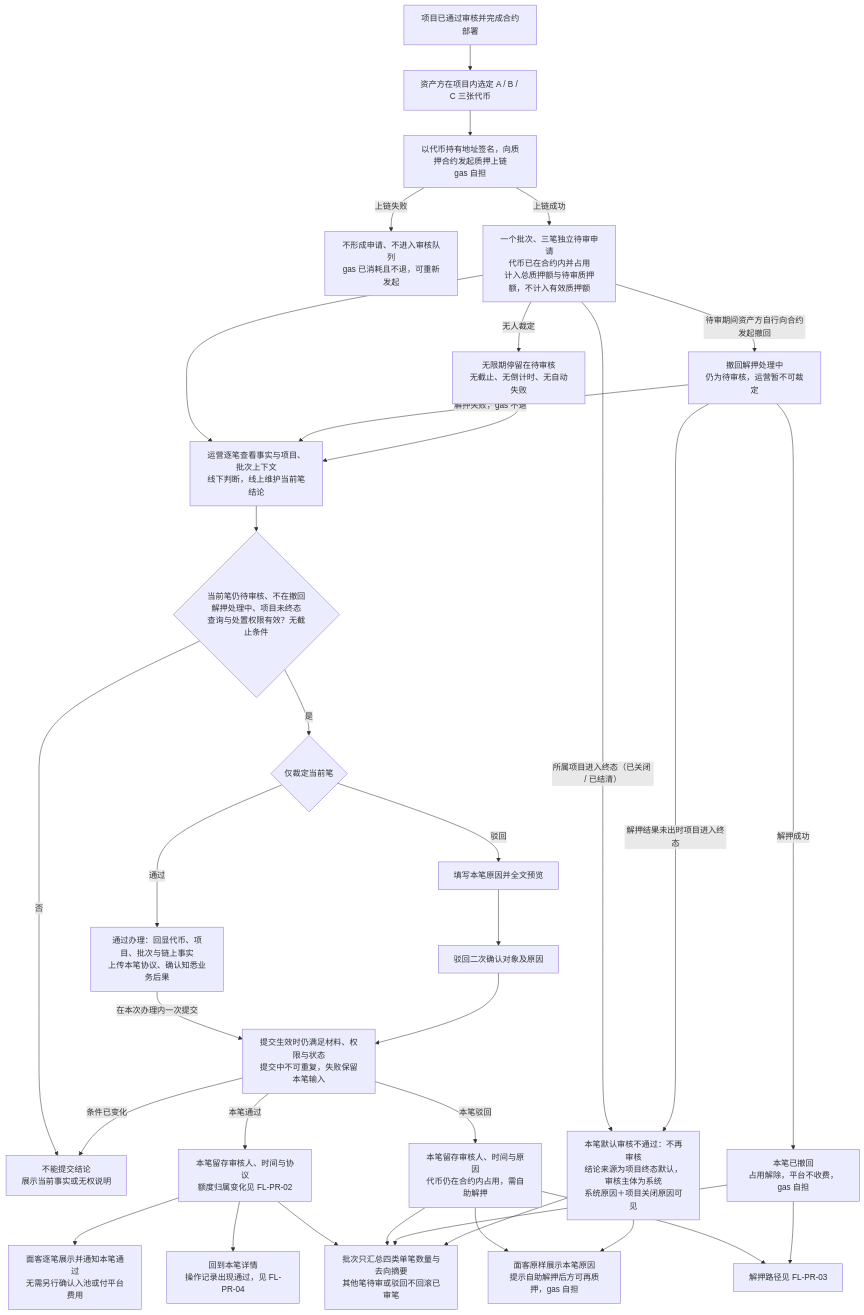
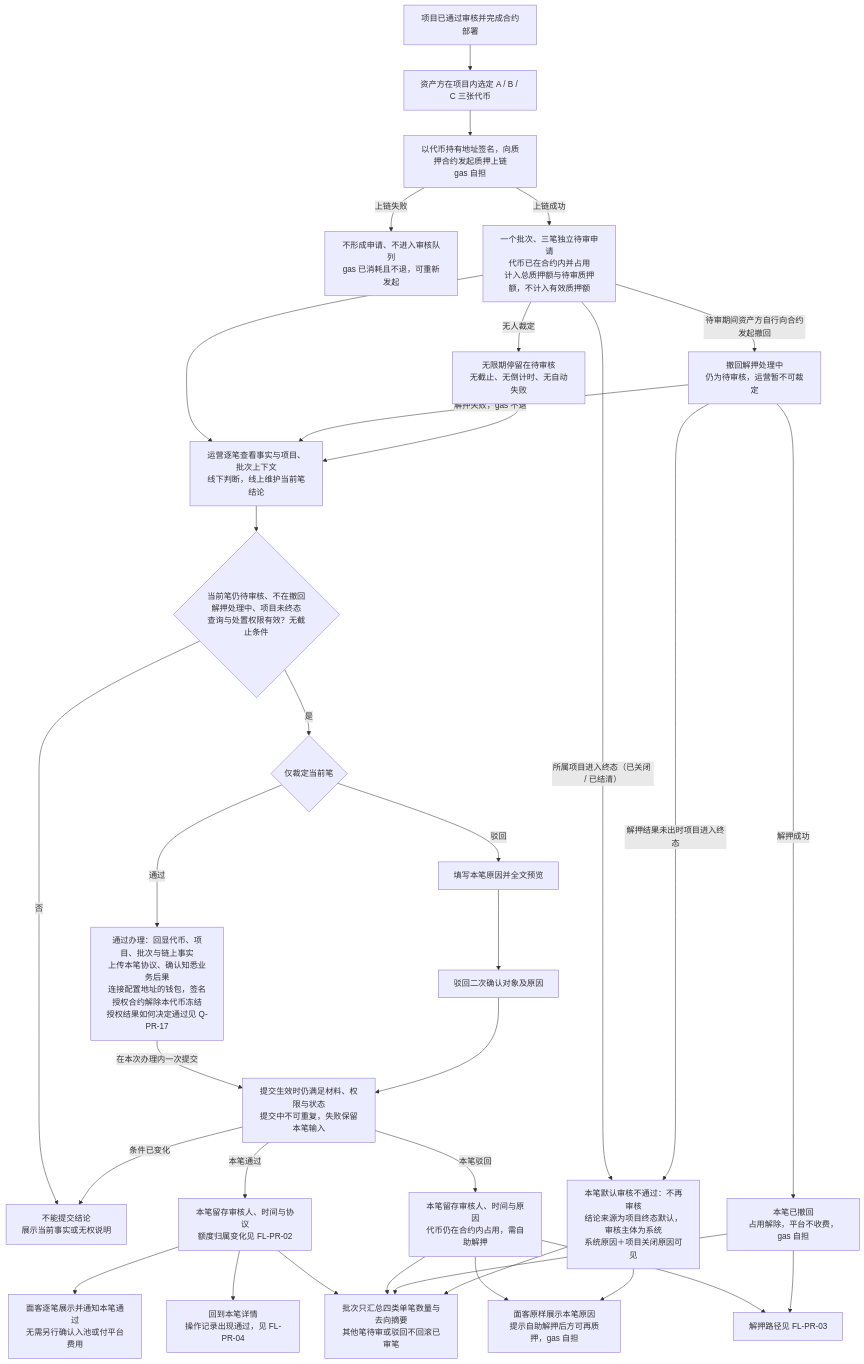
Before and after one commit to wxblockchain/Chain-Financing: the first of 6 diagrams in lending-platform/PRD/运营端/06-代币质押审核/02-代币质押审核-流程图与状态机.md, drawn with Mermaid. The commit also changed 6 other files, not shown here.

````diff
--- a/lending-platform/PRD/运营端/06-代币质押审核/02-代币质押审核-流程图与状态机.md
+++ b/lending-platform/PRD/运营端/06-代币质押审核/02-代币质押审核-流程图与状态机.md
@@ -24,36 +24,36 @@
 ```mermaid
 flowchart TD
   S["项目已通过审核并完成合约部署"] --> A["资产方在项目内选定 A / B / C 三张代币"]
   A --> T["以代币持有地址签名，向质押合约发起质押上链<br/>gas 自担"]
   T -- "上链失败" --> TF["不形成申请、不进入审核队列<br/>gas 已消耗且不退，可重新发起"]
   T -- "上链成功" --> B["一个批次、三笔独立待审申请<br/>代币已在合约内并占用<br/>计入总质押额与待审质押额，不计入有效质押额"]
   B --> C["运营逐笔查看事实与项目、批次上下文<br/>线下判断，线上维护当前笔结论"]
   C --> D{"当前笔仍待审核、不在撤回解押处理中、项目未终态<br/>查询与处置权限有效？无截止条件"}
   D -- "否" --> E["不能提交结论<br/>展示当前事实或无权说明"]
   D -- "是" --> F{"仅裁定当前笔"}
-  F -- "通过" --> G["通过办理：回显代币、项目、批次与链上事实<br/>上传本笔协议、确认知悉业务后果"]
+  F -- "通过" --> G["通过办理：回显代币、项目、批次与链上事实<br/>上传本笔协议、确认知悉业务后果<br/>连接配置地址的钱包，签名授权合约解除本代币冻结<br/>授权结果如何决定通过见 Q-PR-17"]
   F -- "驳回" --> H["填写本笔原因并全文预览"]
   G -- "在本次办理内一次提交" --> I["提交生效时仍满足材料、权限与状态<br/>提交中不可重复，失败保留本笔输入"]
   H --> R["驳回二次确认对象及原因"]
   R --> I
   I -- "条件已变化" --> E
   I -- "本笔通过" --> J["本笔留存审核人、时间与协议<br/>额度归属变化见 FL-PR-02"]
   I -- "本笔驳回" --> K["本笔留存审核人、时间与原因<br/>代币仍在合约内占用，需自助解押"]
   J --> L["面客逐笔展示并通知本笔通过<br/>无需另行确认入池或付平台费用"]
   K --> M["面客原样展示本笔原因<br/>提示自助解押后方可再质押，gas 自担"]
   K --> X["解押路径见 FL-PR-03"]
   B -- "待审期间资产方自行向合约发起撤回" --> RP["撤回解押处理中<br/>仍为待审核，运营暂不可裁定"]
   RP -- "解押成功" --> N["本笔已撤回<br/>占用解除，平台不收费，gas 自担"]
   RP -- "解押失败，gas 不退" --> C
   B -- "所属项目进入终态（已关闭 / 已结清）" --> CL["本笔默认审核不通过：不再审核<br/>结论来源为项目终态默认，审核主体为系统<br/>系统原因＋项目关闭原因可见"]
   CL --> M
   RP -- "解押结果未出时项目进入终态" --> CL
   N --> X
   B -- "无人裁定" --> W["无限期停留在待审核<br/>无截止、无倒计时、无自动失败"]
   W --> C
   J --> V["回到本笔详情<br/>操作记录出现通过，见 FL-PR-04"]
   J --> Q["批次只汇总四类单笔数量与去向摘要<br/>其他笔待审或驳回不回滚已审笔"]
   K --> Q
   N --> Q
   CL --> Q
 ```
````
